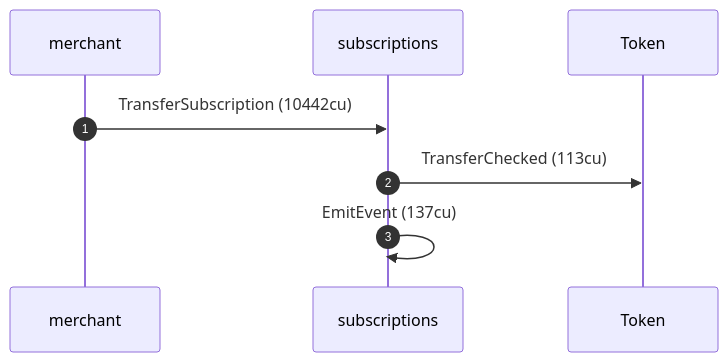
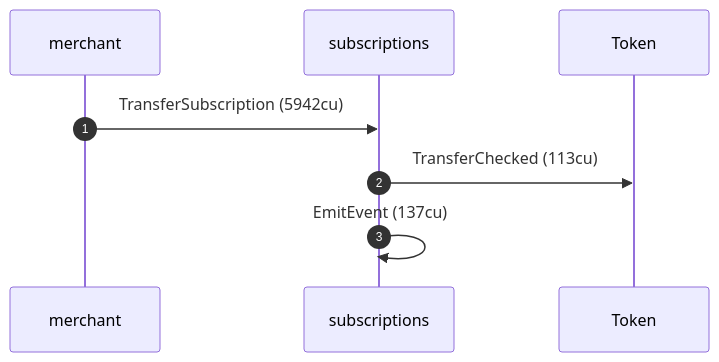
Before and after one commit to cds-rs/subscriptions: the ninth of 16 diagrams in dsl_tests/transfer-subscription--the-period-rolls-over.md, drawn with Mermaid. The commit also changed other lines of this file and 224 other files, not shown here.

````diff
--- a/dsl_tests/transfer-subscription--the-period-rolls-over.md
+++ b/dsl_tests/transfer-subscription--the-period-rolls-over.md
@@ -176,10 +185,10 @@
 ```mermaid
 sequenceDiagram
     autonumber
     participant merchant
     participant subscriptions
     participant Token
-    merchant ->> subscriptions: TransferSubscription (10442cu)
+    merchant ->> subscriptions: TransferSubscription (5942cu)
     subscriptions ->> Token: TransferChecked (113cu)
     subscriptions ->> subscriptions: EmitEvent (137cu)
 ```
````
